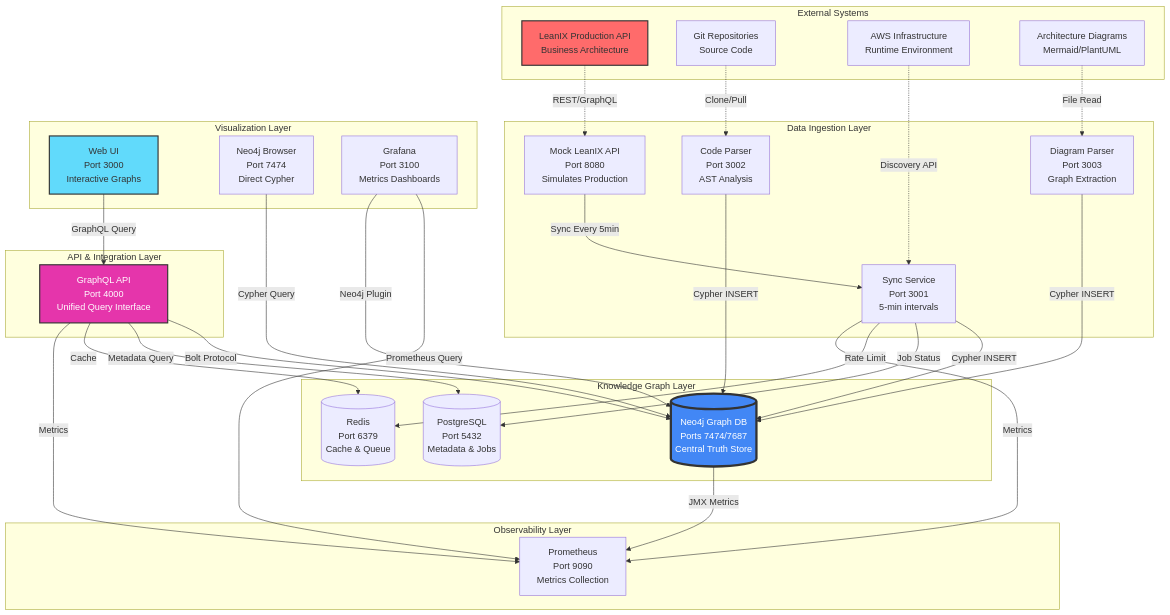
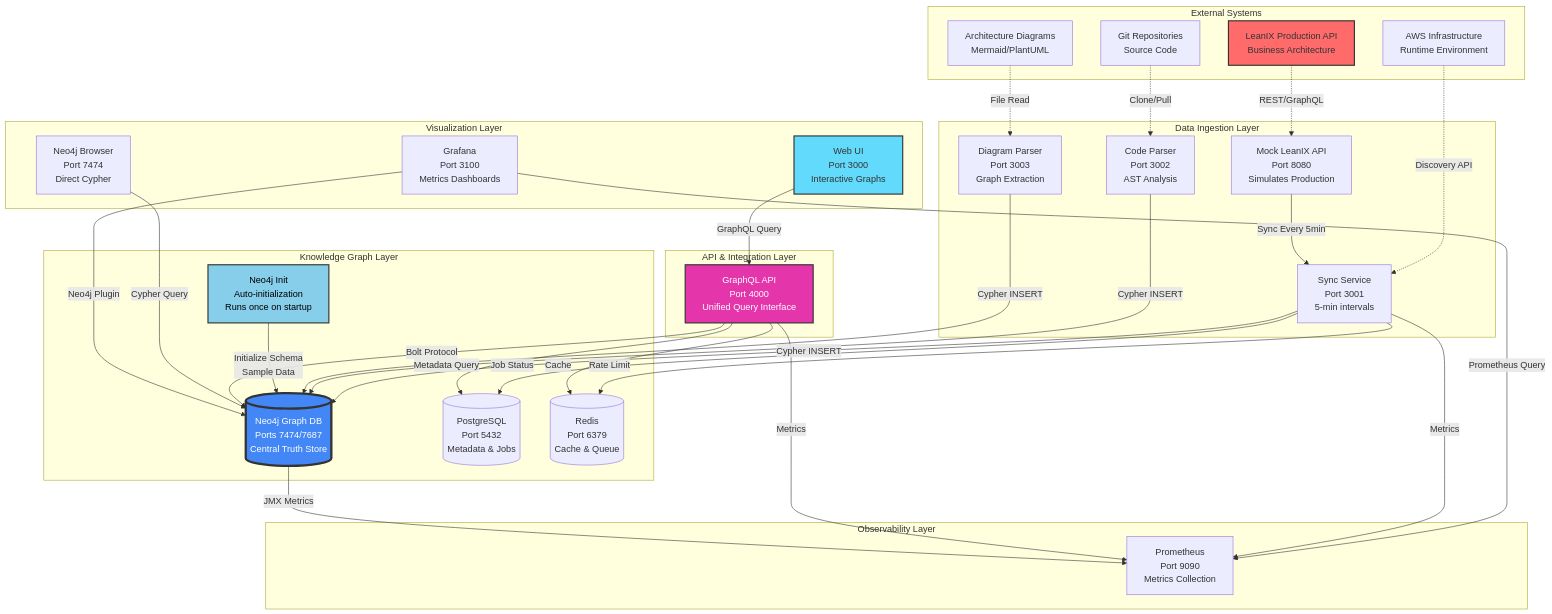
Before and after one commit to aware-noppadons/super-relativity: the first of 14 diagrams in poc-option-1/ARCHITECTURE.md, drawn with Mermaid. The commit also changed 1 other file, not shown here.

Commit message:
Update architecture diagrams to include neo4j-init service
Updated architecture documentation to reflect the newly added neo4j-init
service that automatically initializes the Neo4j database on startup.

Changes:
- ARCHITECTURE.md: Added Neo4j Init to Knowledge Graph Layer diagram
- ARCHITECTURE.md: Added initialization flow connection to Neo4j
- ARCHITECTURE.md: Added styling for Neo4j Init component
- README.md: Added Neo4j Init to Supporting Services list

The diagrams now accurately represent all 12 services in docker-compose.yml:
✓ neo4j, neo4j-init, postgres, redis, mock-leanix, sync-service,
✓ code-parser, diagram-parser, graphql-api, web-ui, prometheus, grafana

🤖 Generated with [Claude Code](https://claude.com/claude-code)

````diff
--- a/poc-option-1/ARCHITECTURE.md
+++ b/poc-option-1/ARCHITECTURE.md
@@ -9,71 +9,74 @@
 ```mermaid
 graph TB
     subgraph "External Systems"
         LeanIX[LeanIX Production API<br/>Business Architecture]
         Git[Git Repositories<br/>Source Code]
         AWS[AWS Infrastructure<br/>Runtime Environment]
         Diag[Architecture Diagrams<br/>Mermaid/PlantUML]
     end
 
     subgraph "Data Ingestion Layer"
         MockAPI[Mock LeanIX API<br/>Port 8080<br/>Simulates Production]
         SyncSvc[Sync Service<br/>Port 3001<br/>5-min intervals]
         CodeParser[Code Parser<br/>Port 3002<br/>AST Analysis]
         DiagParser[Diagram Parser<br/>Port 3003<br/>Graph Extraction]
     end
 
     subgraph "Knowledge Graph Layer"
         Neo4j[(Neo4j Graph DB<br/>Ports 7474/7687<br/>Central Truth Store)]
+        Neo4jInit[Neo4j Init<br/>Auto-initialization<br/>Runs once on startup]
         PG[(PostgreSQL<br/>Port 5432<br/>Metadata & Jobs)]
         Redis[(Redis<br/>Port 6379<br/>Cache & Queue)]
     end
 
     subgraph "API & Integration Layer"
         GraphQL[GraphQL API<br/>Port 4000<br/>Unified Query Interface]
     end
 
     subgraph "Visualization Layer"
         WebUI[Web UI<br/>Port 3000<br/>Interactive Graphs]
         Neo4jBrowser[Neo4j Browser<br/>Port 7474<br/>Direct Cypher]
         Grafana[Grafana<br/>Port 3100<br/>Metrics Dashboards]
     end
 
     subgraph "Observability Layer"
         Prom[Prometheus<br/>Port 9090<br/>Metrics Collection]
     end
 
     %% External connections
     LeanIX -.->|REST/GraphQL| MockAPI
     Git -.->|Clone/Pull| CodeParser
     AWS -.->|Discovery API| SyncSvc
     Diag -.->|File Read| DiagParser
 
     %% Ingestion to Graph
     MockAPI -->|Sync Every 5min| SyncSvc
     SyncSvc -->|Cypher INSERT| Neo4j
     CodeParser -->|Cypher INSERT| Neo4j
     DiagParser -->|Cypher INSERT| Neo4j
+    Neo4jInit -->|Initialize Schema<br/>Sample Data| Neo4j
 
     %% Graph DB connections
     SyncSvc -->|Job Status| PG
     SyncSvc -->|Rate Limit| Redis
     GraphQL -->|Bolt Protocol| Neo4j
     GraphQL -->|Metadata Query| PG
     GraphQL -->|Cache| Redis
 
     %% Visualization connections
     WebUI -->|GraphQL Query| GraphQL
     Neo4jBrowser -->|Cypher Query| Neo4j
     Grafana -->|Prometheus Query| Prom
     Grafana -->|Neo4j Plugin| Neo4j
 
     %% Metrics
     SyncSvc -->|Metrics| Prom
     GraphQL -->|Metrics| Prom
     Neo4j -->|JMX Metrics| Prom
 
     style Neo4j fill:#4287f5,stroke:#333,stroke-width:4px,color:#fff
+    style Neo4jInit fill:#87ceeb,stroke:#333,stroke-width:2px,color:#000
     style GraphQL fill:#e535ab,stroke:#333,stroke-width:2px,color:#fff
     style WebUI fill:#61dafb,stroke:#333,stroke-width:2px
     style LeanIX fill:#ff6b6b,stroke:#333,stroke-width:2px
 ```
````
